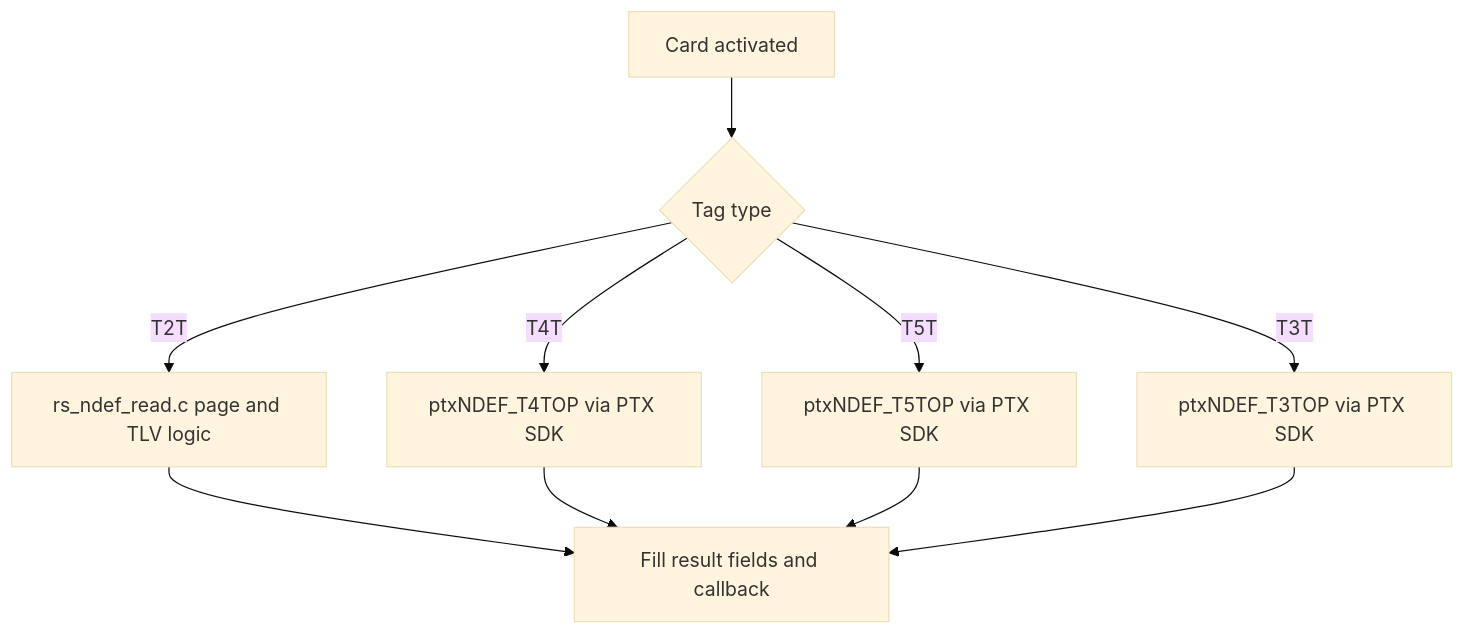
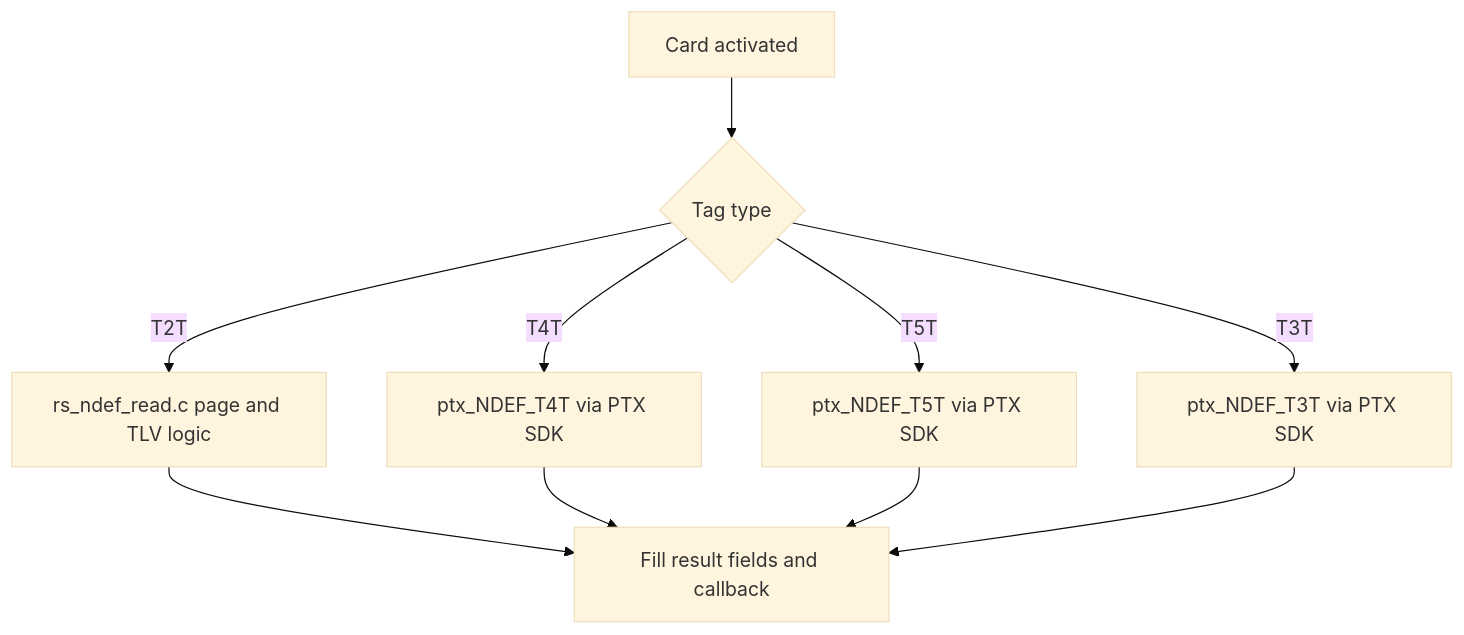
The fourth of 5 diagrams in pes-nfc-card-reader/README.md (MoranDaori274/nfc_205), drawn with Mermaid (base theme) before and after one commit. The commit also changed other lines of this file and 404 other files, not shown here.

````diff
--- a/pes-nfc-card-reader/README.md
+++ b/pes-nfc-card-reader/README.md
@@ -913,13 +970,13 @@
 ```mermaid
 flowchart TD
    A[Card activated] --> B{Tag type}
    B -->|T2T| C[rs_ndef_read.c page and TLV logic]
-   B -->|T4T| D[ptxNDEF_T4TOP via PTX SDK]
-   B -->|T5T| E[ptxNDEF_T5TOP via PTX SDK]
-   B -->|T3T| F[ptxNDEF_T3TOP via PTX SDK]
+   B -->|T4T| D[ptx_NDEF_T4T via PTX SDK]
+   B -->|T5T| E[ptx_NDEF_T5T via PTX SDK]
+   B -->|T3T| F[ptx_NDEF_T3T via PTX SDK]
 
    C --> G[Fill result fields and callback]
    D --> G
    E --> G
    F --> G
 ```
````
